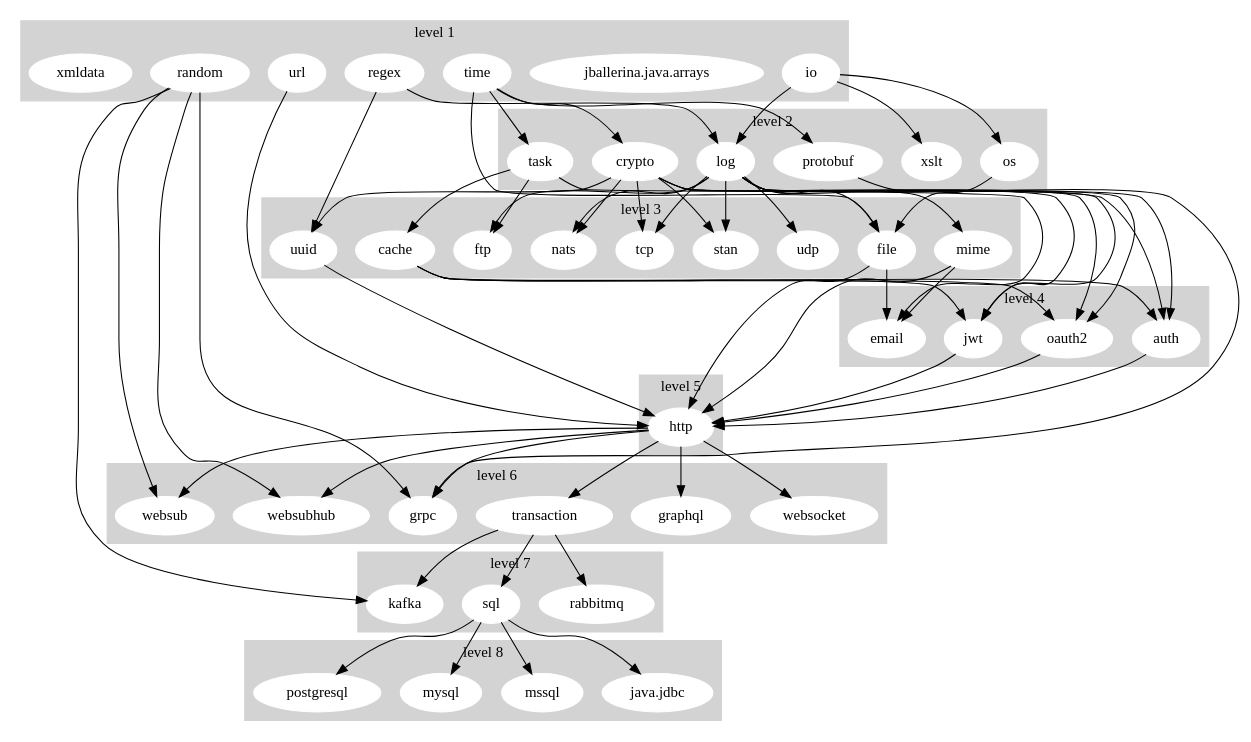
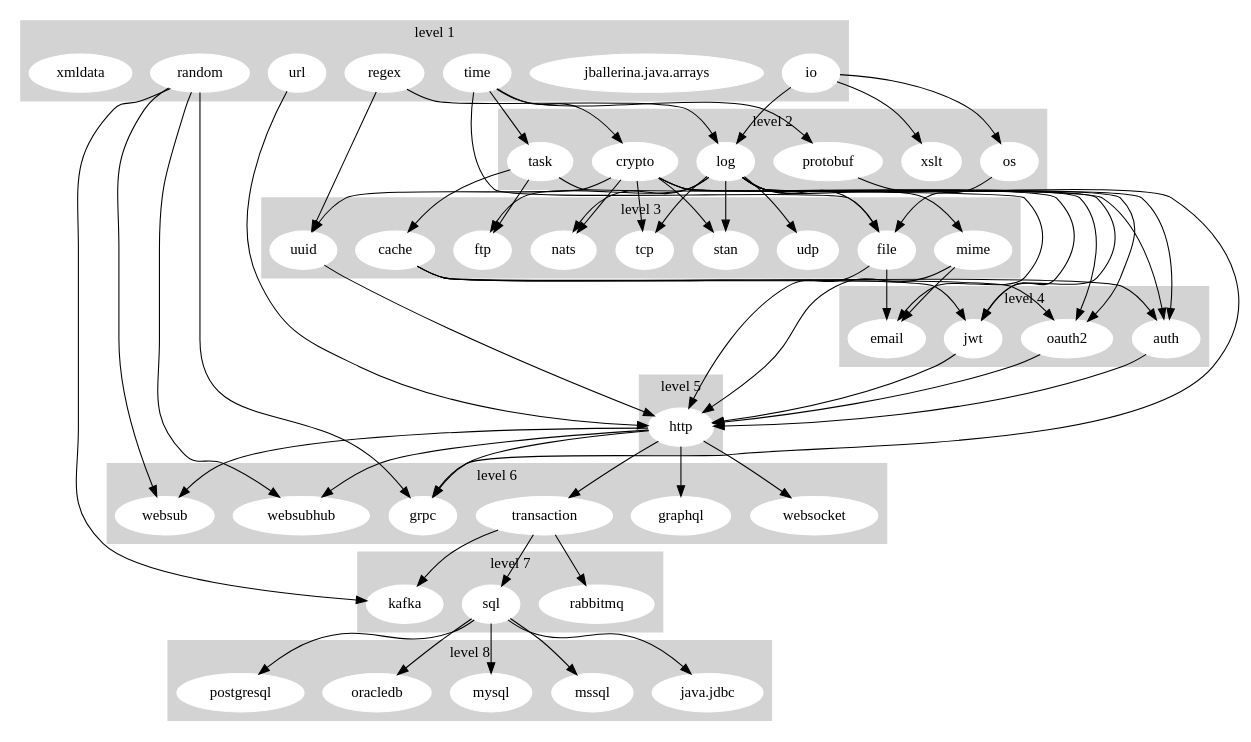
Before and after one commit to ballerina-platform/ballerina-release: the diagram in dashboard/stdlib_graph.gv, drawn with Graphviz.

Commit message:
[Automated] Update Stdlib Dependency Graph

```diff
--- a/dashboard/stdlib_graph.gv
+++ b/dashboard/stdlib_graph.gv
@@ -1,142 +1,144 @@
 digraph "Stdlib Dependency Graph" {
 	subgraph cluster_1 {
 		node [color=white style=filled]
 		color=lightgrey style=filled
 		io
 		"jballerina.java.arrays"
 		random
 		regex
 		time
 		url
 		xmldata
 		label="level 1"
 	}
 	subgraph cluster_2 {
 		node [color=white style=filled]
 		color=lightgrey style=filled
 		crypto
 		log
 		os
 		protobuf
 		task
 		xslt
 		label="level 2"
 	}
 	subgraph cluster_3 {
 		node [color=white style=filled]
 		color=lightgrey style=filled
 		cache
 		file
 		ftp
 		mime
 		nats
 		stan
 		tcp
 		udp
 		uuid
 		label="level 3"
 	}
 	subgraph cluster_4 {
 		node [color=white style=filled]
 		color=lightgrey style=filled
 		auth
 		email
 		jwt
 		oauth2
 		label="level 4"
 	}
 	subgraph cluster_5 {
 		node [color=white style=filled]
 		color=lightgrey style=filled
 		http
 		label="level 5"
 	}
 	subgraph cluster_6 {
 		node [color=white style=filled]
 		color=lightgrey style=filled
 		graphql
 		grpc
 		transaction
 		websocket
 		websub
 		websubhub
 		label="level 6"
 	}
 	subgraph cluster_7 {
 		node [color=white style=filled]
 		color=lightgrey style=filled
 		kafka
 		rabbitmq
 		sql
 		label="level 7"
 	}
 	subgraph cluster_8 {
 		node [color=white style=filled]
 		color=lightgrey style=filled
 		"java.jdbc"
 		mssql
 		mysql
+		oracledb
 		postgresql
 		label="level 8"
 	}
 	io -> log
 	io -> os
 	io -> xslt
 	random -> grpc
 	random -> kafka
 	random -> websub
 	random -> websubhub
 	regex -> log
 	regex -> uuid
 	time -> crypto
 	time -> file
 	time -> protobuf
 	time -> task
 	url -> http
 	crypto -> auth
 	crypto -> jwt
 	crypto -> nats
 	crypto -> oauth2
 	crypto -> stan
 	crypto -> tcp
 	crypto -> uuid
 	log -> auth
 	log -> file
 	log -> ftp
 	log -> jwt
 	log -> mime
 	log -> nats
 	log -> oauth2
 	log -> stan
 	log -> tcp
 	log -> udp
 	os -> file
 	protobuf -> grpc
 	task -> cache
 	task -> email
 	task -> ftp
 	cache -> auth
 	cache -> jwt
 	cache -> oauth2
 	file -> email
 	file -> http
 	mime -> email
 	mime -> http
 	uuid -> http
 	auth -> http
 	jwt -> http
 	oauth2 -> http
 	http -> graphql
 	http -> grpc
 	http -> transaction
 	http -> websocket
 	http -> websub
 	http -> websubhub
 	transaction -> kafka
 	transaction -> rabbitmq
 	transaction -> sql
 	sql -> "java.jdbc"
 	sql -> mssql
 	sql -> mysql
+	sql -> oracledb
 	sql -> postgresql
 }
```
